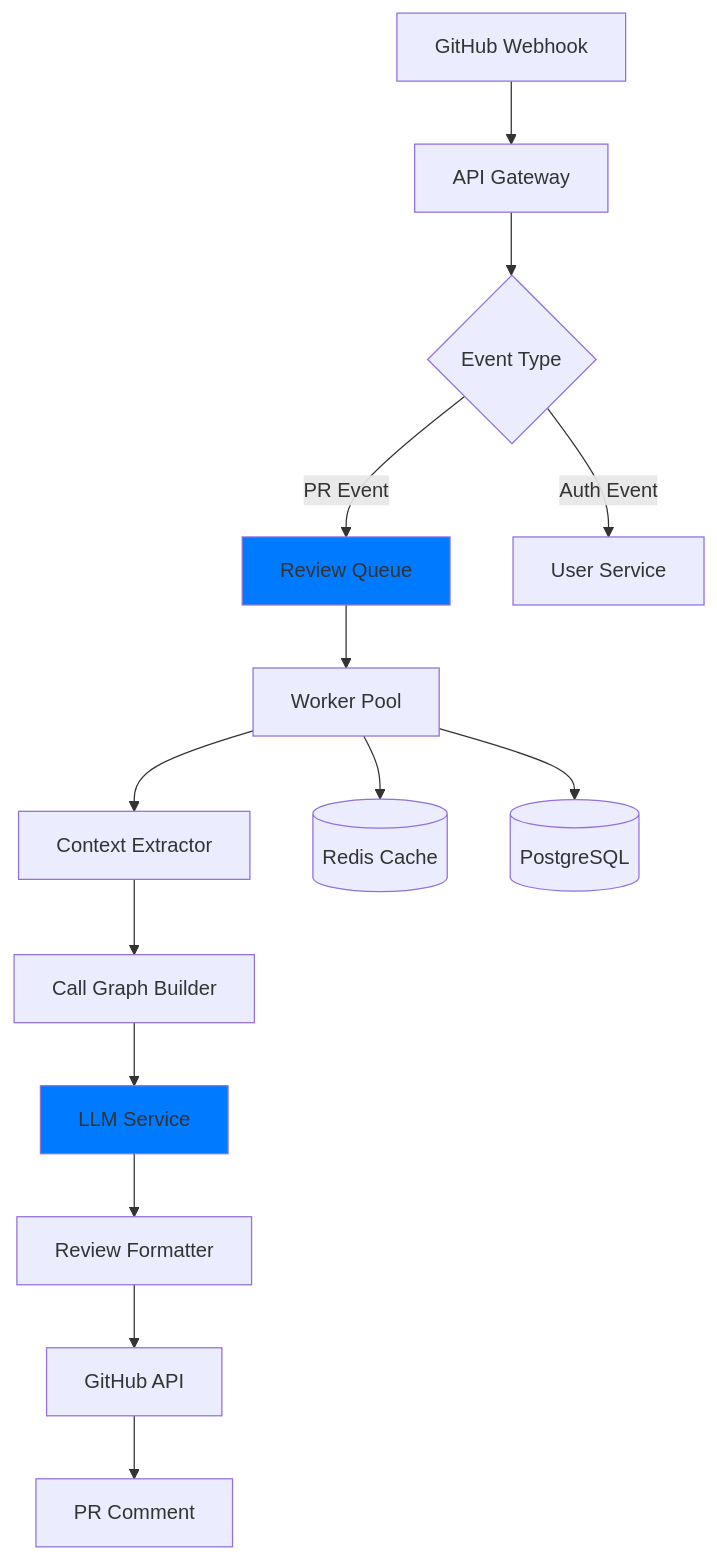
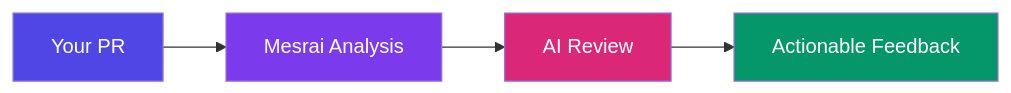
The first of 4 diagrams in pages/introduction/core-architecture.mdx (piyushrai02/mesraidoc), drawn with Mermaid before and after one commit. The commit also changed other lines of this file and 54 other files, not shown here.

````diff
--- a/pages/introduction/core-architecture.mdx
+++ b/pages/introduction/core-architecture.mdx
@@ -16,20 +16,11 @@
 ```mermaid
-graph TB
-    A[GitHub Webhook] --> B[API Gateway]
-    B --> C{Event Type}
-    C -->|PR Event| D[Review Queue]
-    C -->|Auth Event| E[User Service]
-    D --> F[Worker Pool]
-    F --> G[Context Extractor]
-    G --> H[Call Graph Builder]
-    H --> I[LLM Service]
-    I --> J[Review Formatter]
-    J --> K[GitHub API]
-    K --> L[PR Comment]
-    
-    F --> M[(Redis Cache)]
-    F --> N[(PostgreSQL)]
-    
-    style D fill:#007AFF
-    style I fill:#007AFF
+flowchart LR
+    A[Your PR] --> B[Mesrai Analysis]
+    B --> C[AI Review]
+    C --> D[Actionable Feedback]
+
+    style A fill:#4F46E5,color:#fff
+    style B fill:#7C3AED,color:#fff
+    style C fill:#DB2777,color:#fff
+    style D fill:#059669,color:#fff
 ```
````
